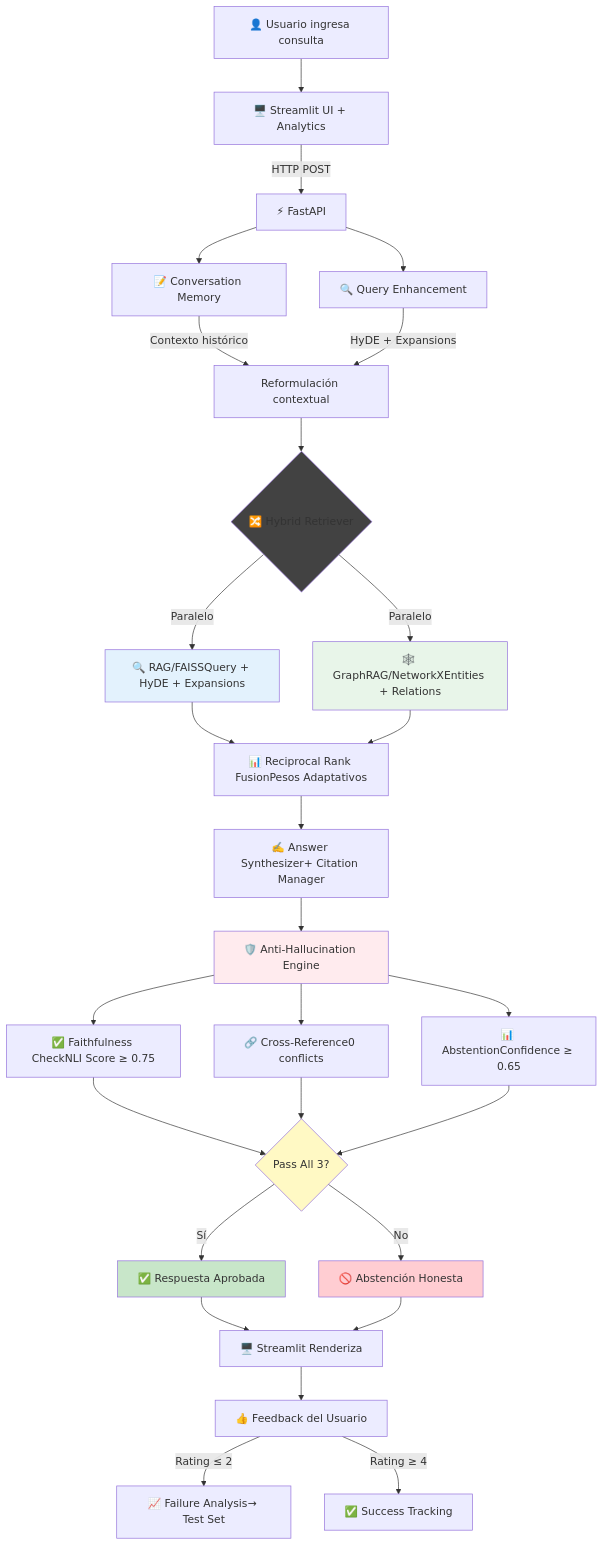
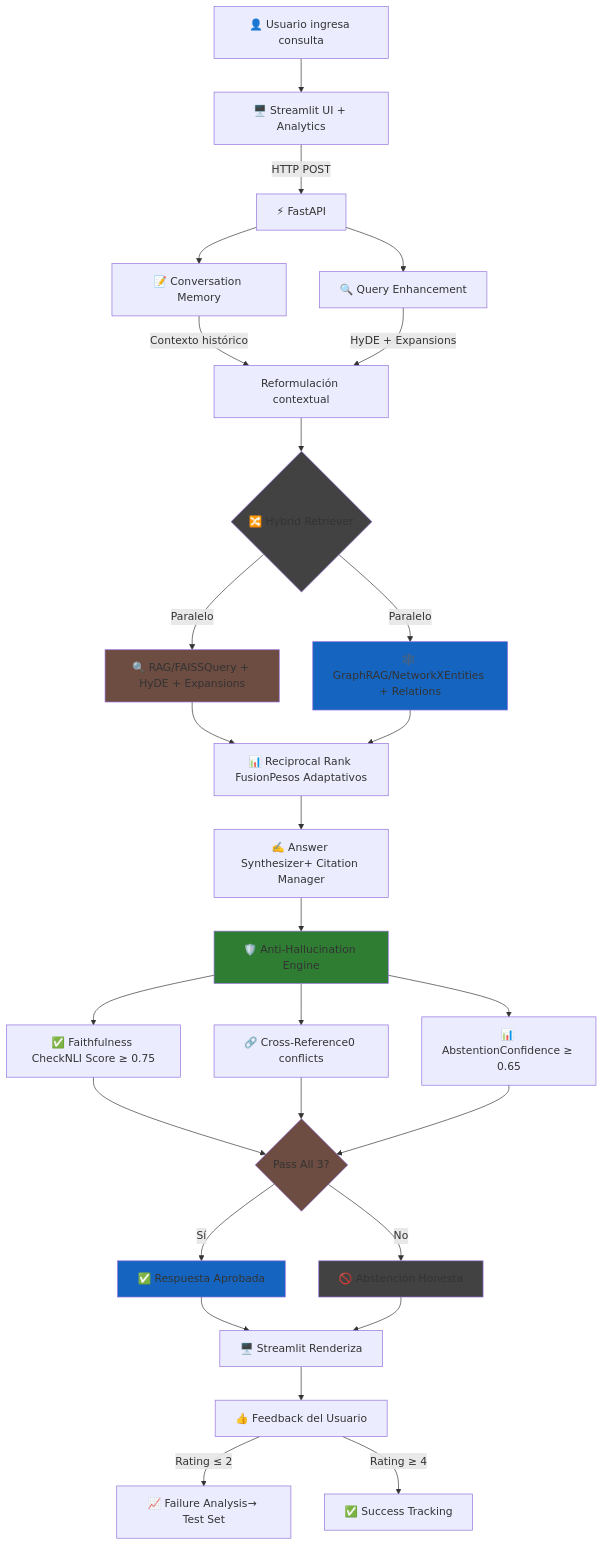
Before and after one commit to j5675293/Chatbot-Administrativo-LSE--FIUBA: the diagram in README.md, drawn with Mermaid.

Commit message:
Update color styles in README.md

````diff
--- a/README.md
+++ b/README.md
@@ -66,49 +66,49 @@
 ```mermaid
 graph TD
     A[👤 Usuario ingresa consulta] --> B[🖥️ Streamlit UI + Analytics]
     B -->|HTTP POST| C[⚡ FastAPI]
     
     C --> D1[📝 Conversation Memory]
     C --> D2[🔍 Query Enhancement]
     
     D1 -->|Contexto histórico| E[Reformulación contextual]
     D2 -->|HyDE + Expansions| E
     
     E --> F{🔀 Hybrid Retriever}
     
     F -->|Paralelo| G1[🔍 RAG/FAISSQuery + HyDE + Expansions]
     F -->|Paralelo| G2[🕸️ GraphRAG/NetworkXEntities + Relations]
     
     G1 --> H[📊 Reciprocal Rank FusionPesos Adaptativos]
     G2 --> H
     
     H --> I[✍️ Answer Synthesizer+ Citation Manager]
     
     I --> J[🛡️ Anti-Hallucination Engine]
     
     J --> K1[✅ Faithfulness CheckNLI Score ≥ 0.75]
     J --> K2[🔗 Cross-Reference0 conflicts]
     J --> K3[📊 AbstentionConfidence ≥ 0.65]
     
     K1 --> L{Pass All 3?}
     K2 --> L
     K3 --> L
     
     L -->|Sí| M[✅ Respuesta Aprobada]
     L -->|No| N[🚫 Abstención Honesta]
     
     M --> O[🖥️ Streamlit Renderiza]
     N --> O
     
     O --> P[👍 Feedback del Usuario]
     P -->|Rating ≤ 2| Q[📈 Failure Analysis→ Test Set]
     P -->|Rating ≥ 4| R[✅ Success Tracking]
     
     style F fill:#424242
-    style G1 fill:#E3F2FD
-    style G2 fill:#E8F5E9
-    style J fill:#FFEBEE
-    style L fill:#FFF9C4
-    style M fill:#C8E6C9
-    style N fill:#FFCDD2
+    style G1 fill:#6D4C41
+    style G2 fill:#1565C0
+    style J fill:#2E7D32
+    style L fill:#6D4C41
+    style M fill:#1565C0
+    style N fill:#424242
 ```
````
